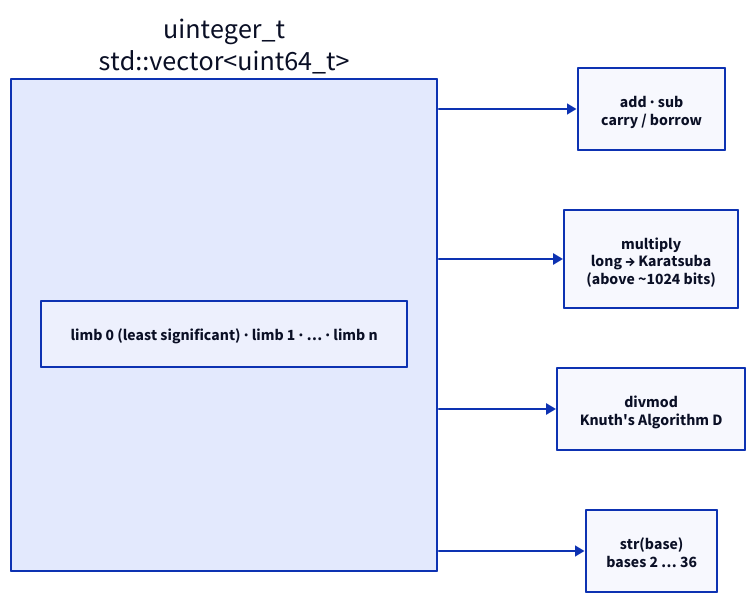
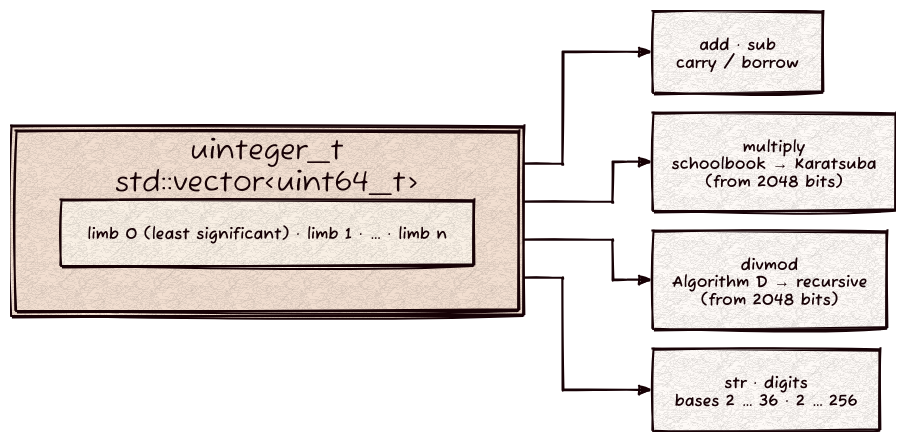
Before and after one commit to Kronuz/uinteger_t: the diagram in docs/uinteger_t.d2, drawn with D2. The commit also changed 5 other files, not shown here.

First line of the commit message:
Describe recursive division in the README and diagram

```diff
--- a/docs/uinteger_t.d2
+++ b/docs/uinteger_t.d2
@@ -1,26 +1,27 @@
 # uinteger_t: little-endian 64-bit limbs, and the algorithm each size gets.
-# Render: d2 --layout elk --sketch --theme 302 docs/uinteger_t.d2 docs/uinteger_t.svg
+# Render: ~/.agents/skills/d2-diagrams/scripts/render.sh docs/uinteger_t.d2
+vars: { d2-config: { layout-engine: elk; theme-id: 302; sketch: true; pad: 24 } }
 direction: right
 
 value: uinteger_t {
   limbs: "limb 0 (least significant) · limb 1 · … · limb n"
   label: "uinteger_t\nstd::vector<uint64_t>"
 }
 
 add: "+ −" {
   label: "add · sub\ncarry / borrow"
 }
 mul: "×" {
-  label: "multiply\nlong → Karatsuba\n(above ~1024 bits)"
+  label: "multiply\nschoolbook → Karatsuba\n(from 2048 bits)"
 }
 div: "÷ %" {
-  label: "divmod\nKnuth's Algorithm D"
+  label: "divmod\nAlgorithm D → recursive\n(from 2048 bits)"
 }
 text: strings {
-  label: "str(base)\nbases 2 … 36"
+  label: "str · digits\nbases 2 … 36 · 2 … 256"
 }
 
 value -> add
 value -> mul
 value -> div
 value -> text
```
